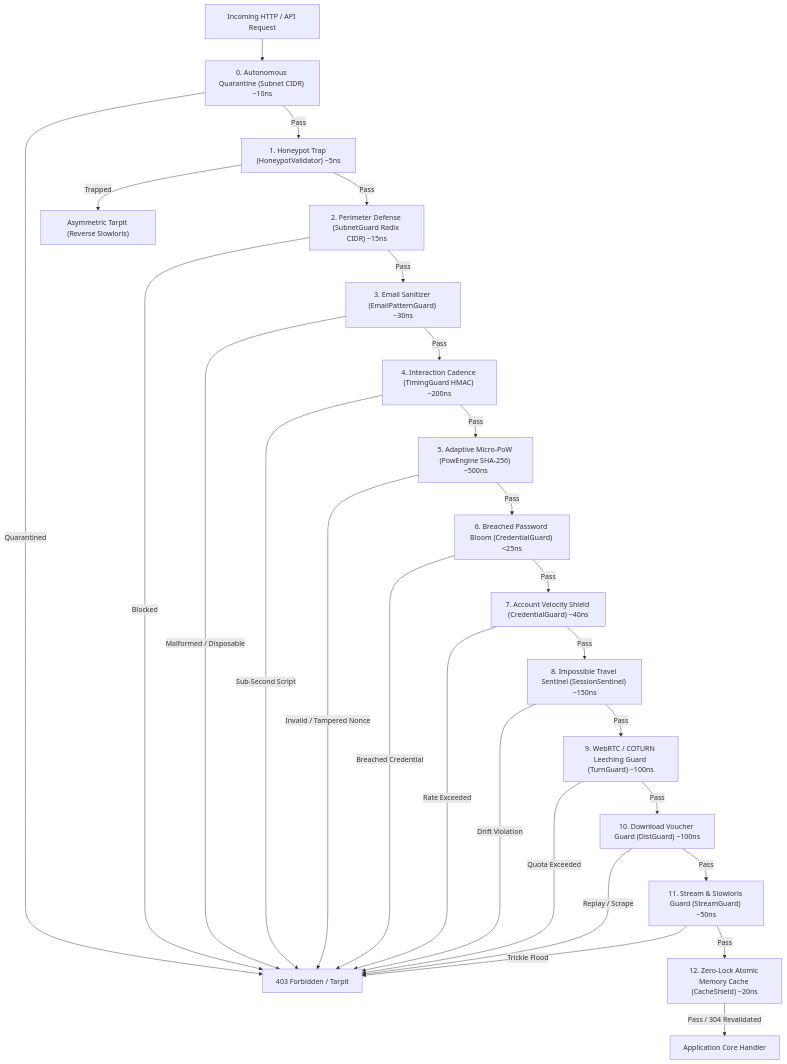
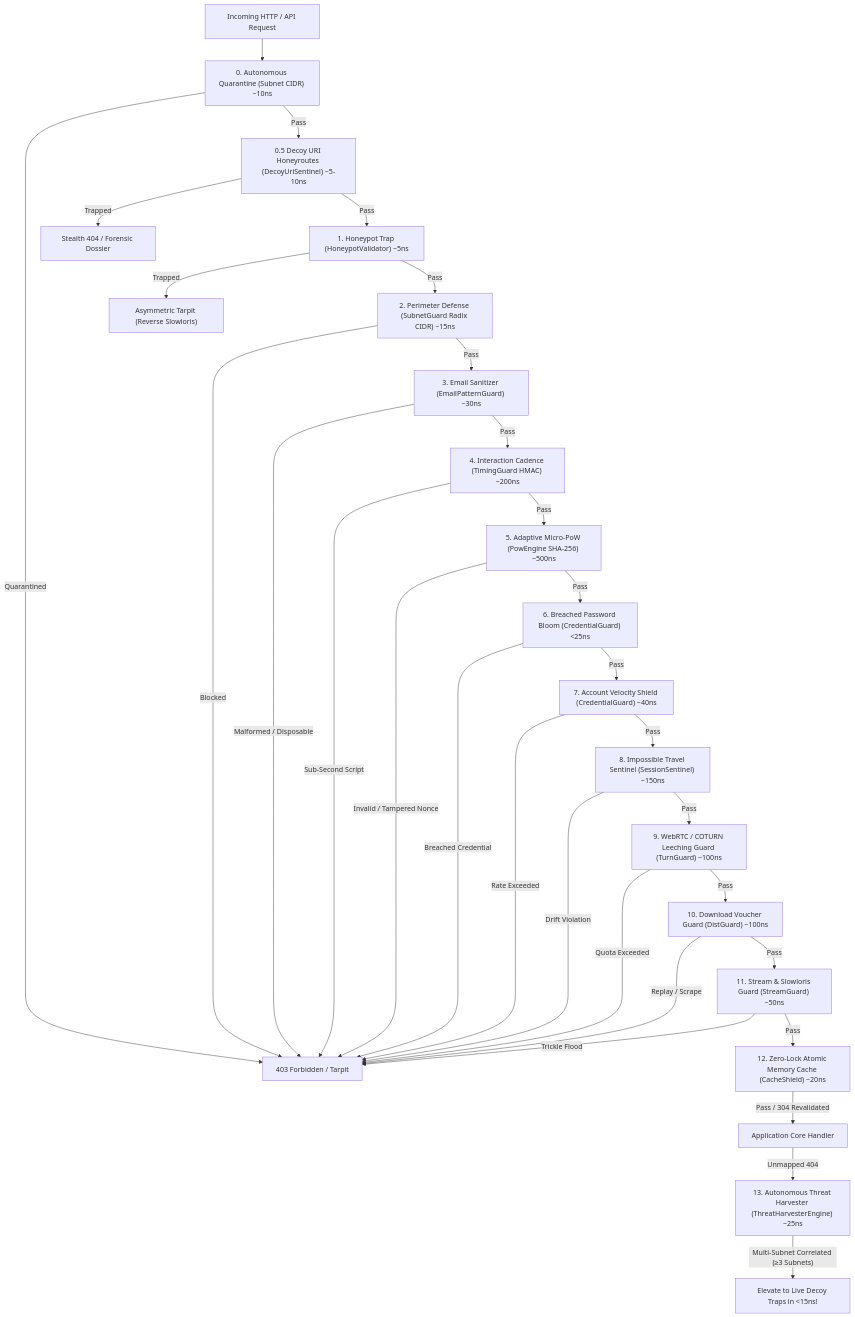
Before and after one commit to xuoxod/phylax: the diagram in README.md, drawn with Mermaid. The commit also changed other lines of this file and 7 other files, not shown here.

First line of the commit message:
feat(defense): implement Layer 13 Autonomous Threat Harvester with multi-subnet correlation and CVE ingestion

````diff
--- a/README.md
+++ b/README.md
@@ -58,29 +58,33 @@
 ```mermaid
 flowchart TD
     REQ["Incoming HTTP / API Request"] --> L0["0. Autonomous Quarantine (Subnet CIDR) ~10ns"]
     L0 -- Quarantined --> REJ["403 Forbidden / Tarpit"]
-    L0 -- Pass --> L1["1. Honeypot Trap (HoneypotValidator) ~5ns"]
+    L0 -- Pass --> L05["0.5 Decoy URI Honeyroutes (DecoyUriSentinel) ~5-10ns"]
+    L05 -- Trapped --> GHOST["Stealth 404 / Forensic Dossier"]
+    L05 -- Pass --> L1["1. Honeypot Trap (HoneypotValidator) ~5ns"]
     L1 -- Trapped --> TARPIT["Asymmetric Tarpit (Reverse Slowloris)"]
     L1 -- Pass --> L2["2. Perimeter Defense (SubnetGuard Radix CIDR) ~15ns"]
     L2 -- Blocked --> REJ
     L2 -- Pass --> L3["3. Email Sanitizer (EmailPatternGuard) ~30ns"]
     L3 -- Malformed / Disposable --> REJ
     L3 -- Pass --> L4["4. Interaction Cadence (TimingGuard HMAC) ~200ns"]
     L4 -- Sub-Second Script --> REJ
     L4 -- Pass --> L5["5. Adaptive Micro-PoW (PowEngine SHA-256) ~500ns"]
     L5 -- Invalid / Tampered Nonce --> REJ
     L5 -- Pass --> L6["6. Breached Password Bloom (CredentialGuard) <25ns"]
     L6 -- Breached Credential --> REJ
     L6 -- Pass --> L7["7. Account Velocity Shield (CredentialGuard) ~40ns"]
     L7 -- Rate Exceeded --> REJ
     L7 -- Pass --> L8["8. Impossible Travel Sentinel (SessionSentinel) ~150ns"]
     L8 -- Drift Violation --> REJ
     L8 -- Pass --> L9["9. WebRTC / COTURN Leeching Guard (TurnGuard) ~100ns"]
     L9 -- Quota Exceeded --> REJ
     L9 -- Pass --> L10["10. Download Voucher Guard (DistGuard) ~100ns"]
     L10 -- Replay / Scrape --> REJ
     L10 -- Pass --> L11["11. Stream & Slowloris Guard (StreamGuard) ~50ns"]
     L11 -- Trickle Flood --> REJ
     L11 -- Pass --> L12["12. Zero-Lock Atomic Memory Cache (CacheShield) ~20ns"]
     L12 -- Pass / 304 Revalidated --> HANDLER["Application Core Handler"]
+    HANDLER -- Unmapped 404 --> L13["13. Autonomous Threat Harvester (ThreatHarvesterEngine) ~25ns"]
+    L13 -- Multi-Subnet Correlated (≥3 Subnets) --> ELEVATE["Elevate to Live Decoy Traps in <15ns!"]
 ```
````
